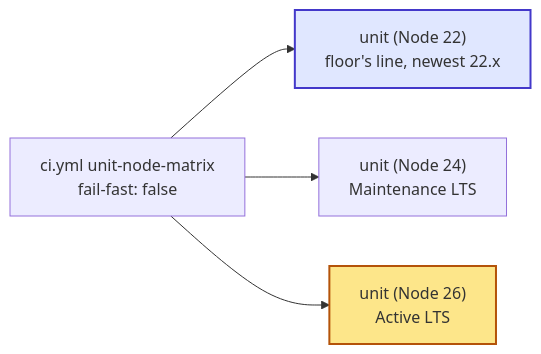
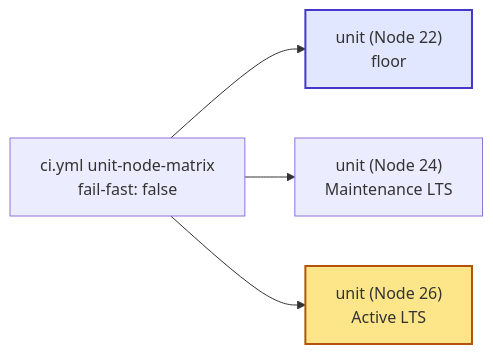
The diagram in docs/specs/589-ci-add-node-26-to-the-unit-matrix.md (Ygilany/AskDB), drawn with Mermaid before and after one commit. The commit also changed other lines of this file, not shown here.

Commit message:
docs(spec): #589 label the matrix lines floor, Maintenance LTS, Active LTS

````diff
--- a/docs/specs/589-ci-add-node-26-to-the-unit-matrix.md
+++ b/docs/specs/589-ci-add-node-26-to-the-unit-matrix.md
@@ -14,8 +14,8 @@
 ```mermaid
 flowchart LR
-  ci["ci.yml unit-node-matrix<br/>fail-fast: false"] --> n22["unit (Node 22)<br/>floor's line, newest 22.x"]:::renamed
+  ci["ci.yml unit-node-matrix<br/>fail-fast: false"] --> n22["unit (Node 22)<br/>floor"]:::renamed
   ci --> n24["unit (Node 24)<br/>Maintenance LTS"]
   ci --> n26["unit (Node 26)<br/>Active LTS"]:::new
   classDef new fill:#fde68a,stroke:#b45309,stroke-width:2px
   classDef renamed fill:#e0e7ff,stroke:#4338ca,stroke-width:2px
 ```
````
